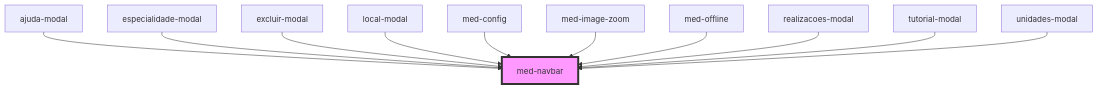
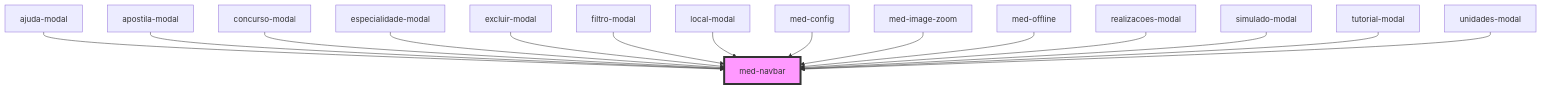
Before and after one commit to MEDGRUPOGIT/ionic-framework-1: the diagram in core/src/components/@templarios/compositions/med-navbar/readme.md, drawn with Mermaid. The commit also changed other lines of this file and 37 other files, not shown here.

````diff
--- a/core/src/components/@templarios/compositions/med-navbar/readme.md
+++ b/core/src/components/@templarios/compositions/med-navbar/readme.md
@@ -32,14 +36,18 @@
 ```mermaid
 graph TD;
   ajuda-modal --> med-navbar
+  apostila-modal --> med-navbar
+  concurso-modal --> med-navbar
   especialidade-modal --> med-navbar
   excluir-modal --> med-navbar
+  filtro-modal --> med-navbar
   local-modal --> med-navbar
   med-config --> med-navbar
   med-image-zoom --> med-navbar
   med-offline --> med-navbar
   realizacoes-modal --> med-navbar
+  simulado-modal --> med-navbar
   tutorial-modal --> med-navbar
   unidades-modal --> med-navbar
   style med-navbar fill:#f9f,stroke:#333,stroke-width:4px
 ```
````
